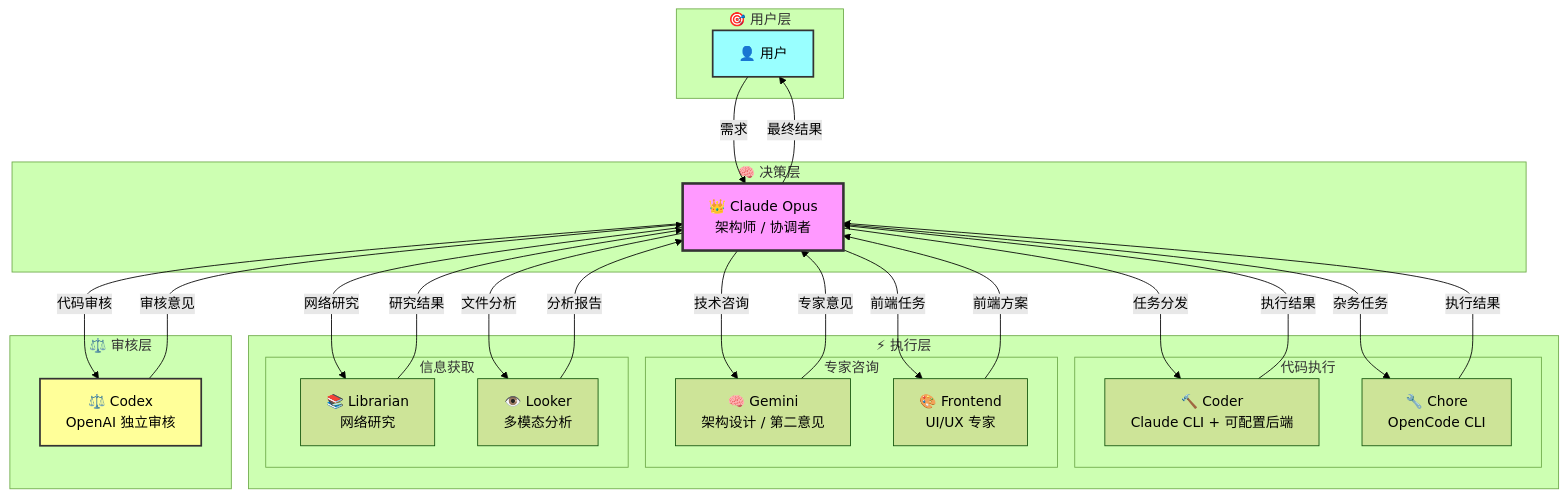
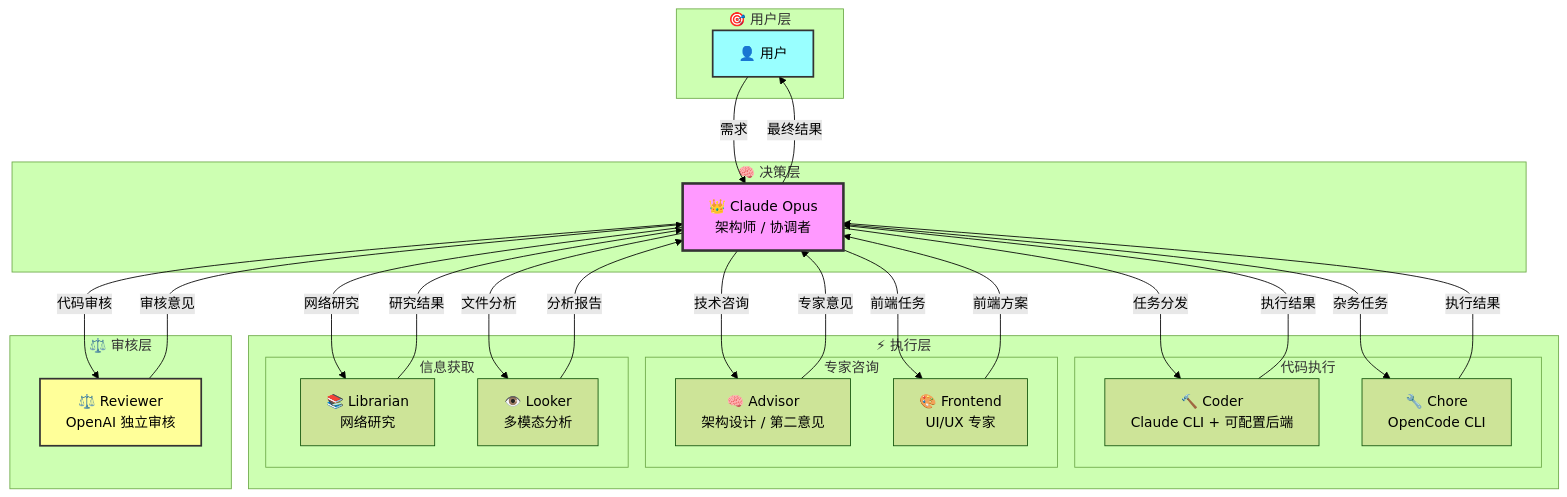
The first of 2 diagrams in README.md (Lynricsy/Oh-My-ClaudeCode), drawn with Mermaid (forest theme) before and after one commit. The commit also changed other lines of this file and 22 other files, not shown here.

First line of the commit message:
:recycle: refactor: (omcc) 重大重构 - Codex→Reviewer, Gemini→Advisor, 迁移到 OpenCode CLI

````diff
--- a/README.md
+++ b/README.md
@@ -47,50 +47,50 @@
 ```mermaid
 graph TB
     subgraph "🎯 用户层"
         User[👤 用户]
     end
 
     subgraph "🧠 决策层"
         Claude[👑 Claude Opus<br/>架构师 / 协调者]
     end
 
     subgraph "⚡ 执行层"
         subgraph "代码执行"
             Coder[🔨 Coder<br/>Claude CLI + 可配置后端]
             Chore[🔧 Chore<br/>OpenCode CLI]
         end
         subgraph "专家咨询"
-            Gemini[🧠 Gemini<br/>架构设计 / 第二意见]
+            Advisor[🧠 Advisor<br/>架构设计 / 第二意见]
             Frontend[🎨 Frontend<br/>UI/UX 专家]
         end
         subgraph "信息获取"
             Librarian[📚 Librarian<br/>网络研究]
             Looker[👁️ Looker<br/>多模态分析]
         end
     end
 
     subgraph "⚖️ 审核层"
-        Codex[⚖️ Codex<br/>OpenAI 独立审核]
+        Reviewer[⚖️ Reviewer<br/>OpenAI 独立审核]
     end
 
     User -->|需求| Claude
     Claude -->|任务分发| Coder
     Claude -->|杂务任务| Chore
-    Claude -->|技术咨询| Gemini
+    Claude -->|技术咨询| Advisor
     Claude -->|前端任务| Frontend
     Claude -->|网络研究| Librarian
     Claude -->|文件分析| Looker
     Coder -->|执行结果| Claude
     Chore -->|执行结果| Claude
-    Gemini -->|专家意见| Claude
+    Advisor -->|专家意见| Claude
     Frontend -->|前端方案| Claude
     Librarian -->|研究结果| Claude
     Looker -->|分析报告| Claude
-    Claude -->|代码审核| Codex
-    Codex -->|审核意见| Claude
+    Claude -->|代码审核| Reviewer
+    Reviewer -->|审核意见| Claude
     Claude -->|最终结果| User
 
     style Claude fill:#f9f,stroke:#333,stroke-width:3px
-    style Codex fill:#ff9,stroke:#333,stroke-width:2px
+    style Reviewer fill:#ff9,stroke:#333,stroke-width:2px
     style User fill:#9ff,stroke:#333,stroke-width:2px
 ```
````
